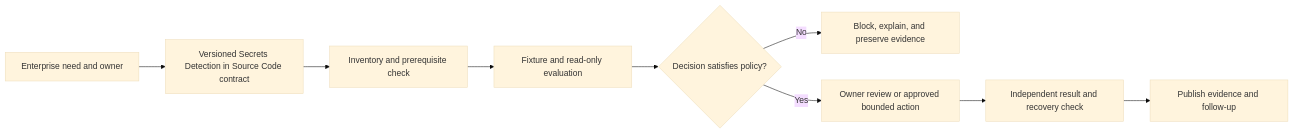
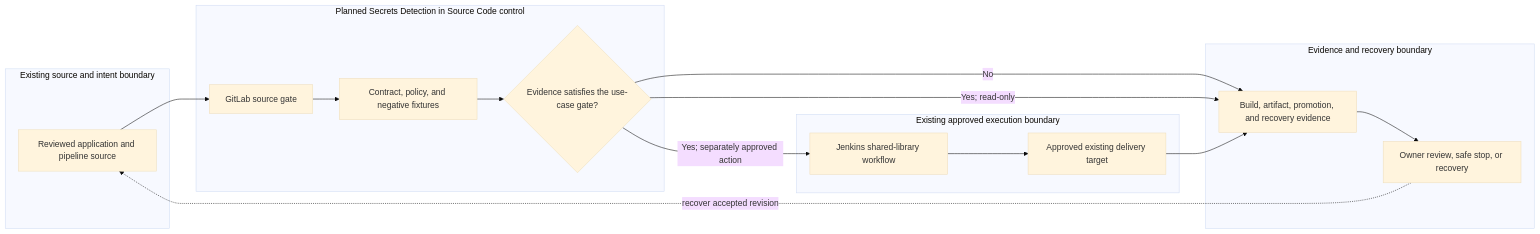
Before and after one commit to MIDHTECH/enterprise-architecture-docs: the diagram in docs/use-cases/devsecops/UC-CICD-011-secrets-detection-in-source-code.md, drawn with Mermaid (base theme). The commit also changed other lines of this file and 227 other files, not shown here.

Commit message:
Deepen architecture for all use case designs

````diff
--- a/docs/use-cases/devsecops/UC-CICD-011-secrets-detection-in-source-code.md
+++ b/docs/use-cases/devsecops/UC-CICD-011-secrets-detection-in-source-code.md
@@ -136,11 +129,25 @@
 ```mermaid
 flowchart LR
-    Need["Enterprise need and owner"] --> Contract["Versioned Secrets Detection in Source Code contract"]
-    Contract --> Preflight["Inventory and prerequisite check"]
-    Preflight --> Evaluate["Fixture and read-only evaluation"]
-    Evaluate --> Decision{"Decision satisfies policy?"}
-    Decision -->|No| Stop["Block, explain, and preserve evidence"]
-    Decision -->|Yes| Review["Owner review or approved bounded action"]
-    Review --> Verify["Independent result and recovery check"]
-    Verify --> Publish["Publish evidence and follow-up"]
+    subgraph Source["Existing source and intent boundary"]
+        A["Reviewed application and pipeline source"]
+    end
+    subgraph Planned["Planned Secrets Detection in Source Code control"]
+        B["GitLab source gate"]
+        C["Contract, policy, and negative fixtures"]
+        D{"Evidence satisfies the use-case gate?"}
+    end
+    subgraph Runtime["Existing approved execution boundary"]
+        E["Jenkins shared-library workflow"]
+        F["Approved existing delivery target"]
+    end
+    subgraph Assurance["Evidence and recovery boundary"]
+        G["Build, artifact, promotion, and recovery evidence"]
+        H["Owner review, safe stop, or recovery"]
+    end
+
+    A --> B --> C --> D
+    D -->|No| G --> H
+    D -->|Yes; read-only| G
+    D -->|Yes; separately approved action| E --> F --> G
+    H -. recover accepted revision .-> A
 ```
````
